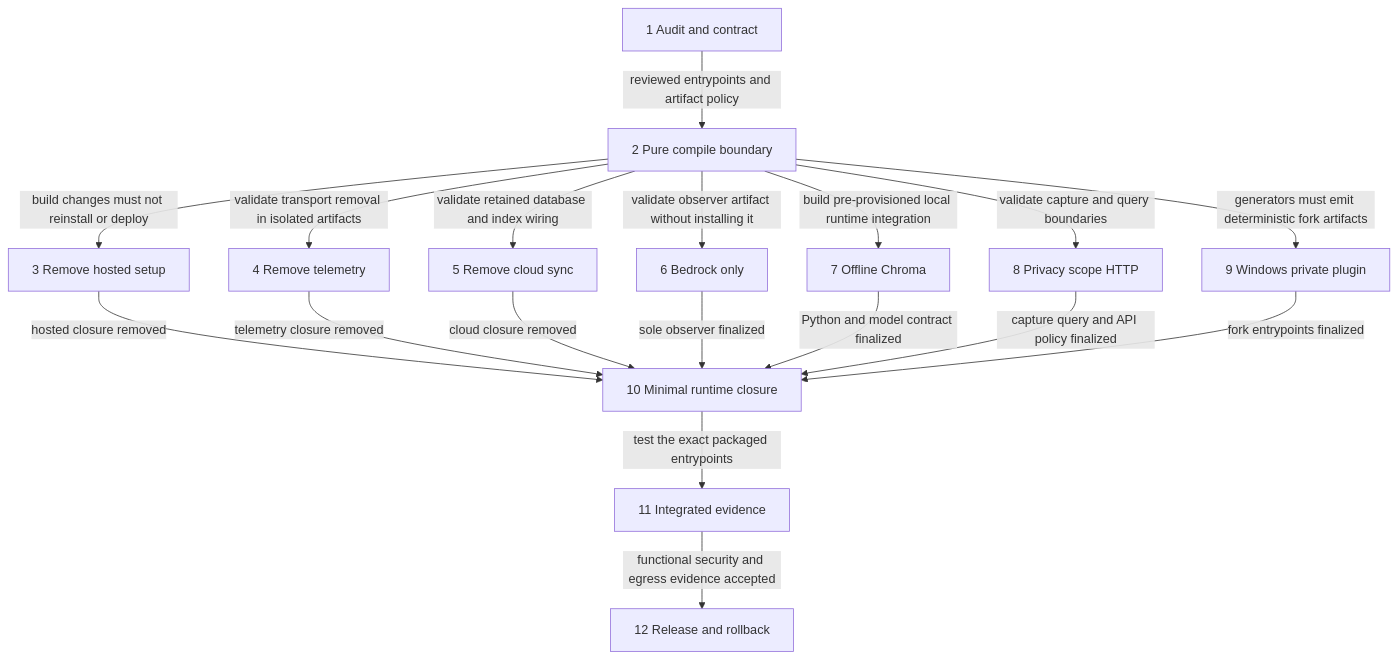
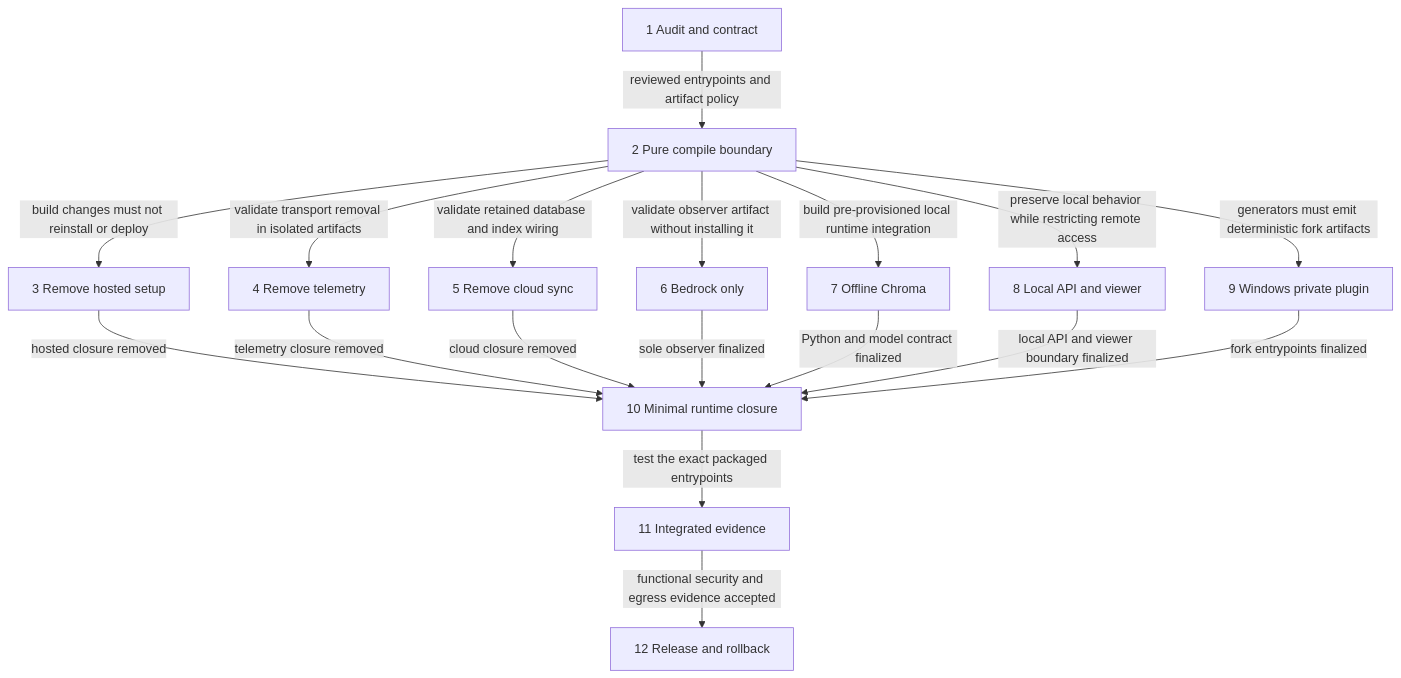
The diagram in docs/roadmap.md (nick777977/cmem-custom), drawn with Mermaid before and after one commit. The commit also changed other lines of this file and 7 other files, not shown here.

Commit message:
docs: preserve upstream memory behavior and narrow local-only scope

````diff
--- a/docs/roadmap.md
+++ b/docs/roadmap.md
@@ -86,20 +90,20 @@
 ```mermaid
 flowchart TD
   s1["1 Audit and contract"] -->|reviewed entrypoints and artifact policy| s2["2 Pure compile boundary"]
   s2 -->|build changes must not reinstall or deploy| s3["3 Remove hosted setup"]
   s2 -->|validate transport removal in isolated artifacts| s4["4 Remove telemetry"]
   s2 -->|validate retained database and index wiring| s5["5 Remove cloud sync"]
   s2 -->|validate observer artifact without installing it| s6["6 Bedrock only"]
   s2 -->|build pre-provisioned local runtime integration| s7["7 Offline Chroma"]
-  s2 -->|validate capture and query boundaries| s8["8 Privacy scope HTTP"]
+  s2 -->|preserve local behavior while restricting remote access| s8["8 Local API and viewer"]
   s2 -->|generators must emit deterministic fork artifacts| s9["9 Windows private plugin"]
   s3 -->|hosted closure removed| s10["10 Minimal runtime closure"]
   s4 -->|telemetry closure removed| s10
   s5 -->|cloud closure removed| s10
   s6 -->|sole observer finalized| s10
   s7 -->|Python and model contract finalized| s10
-  s8 -->|capture query and API policy finalized| s10
+  s8 -->|local API and viewer boundary finalized| s10
   s9 -->|fork entrypoints finalized| s10
   s10 -->|test the exact packaged entrypoints| s11["11 Integrated evidence"]
   s11 -->|functional security and egress evidence accepted| s12["12 Release and rollback"]
 ```
````
